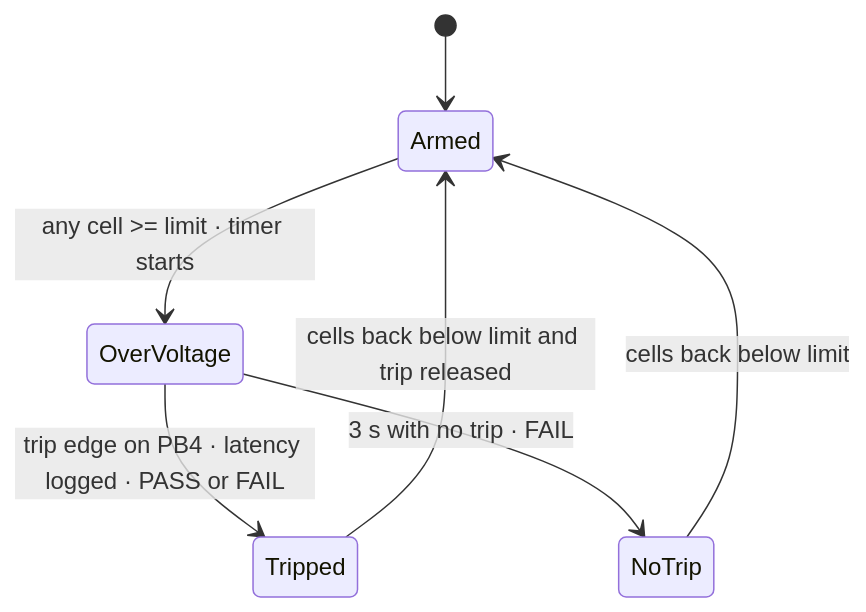
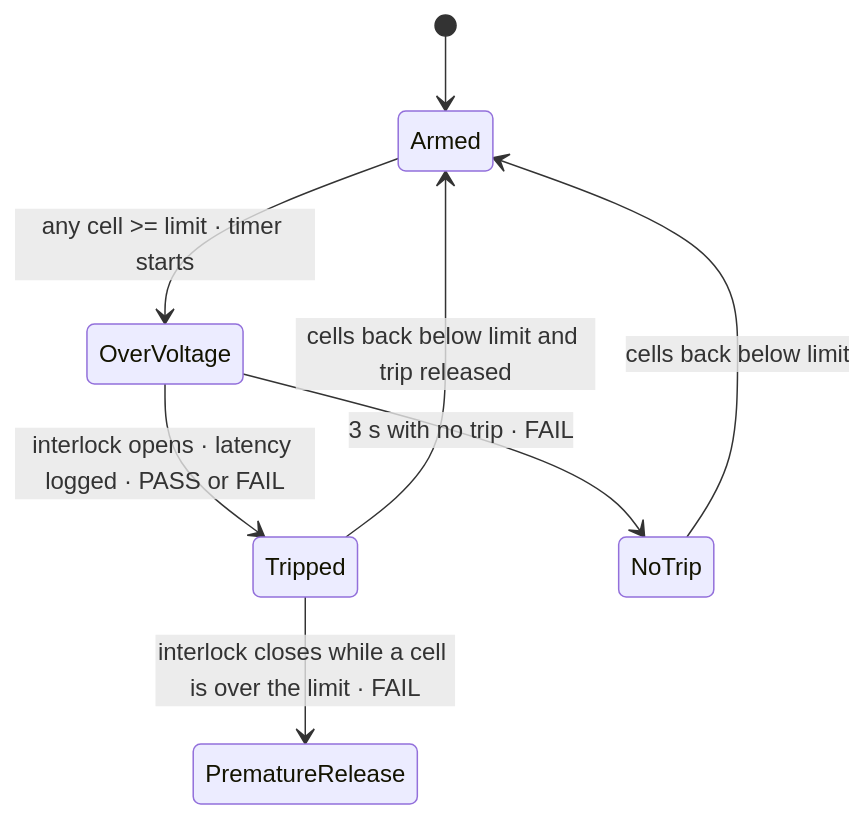
One commit to SujahathMSM/gridtwin changed the third of 3 diagrams in README.md. Above: the diagram before and after it, drawn with Mermaid. The commit also changed other lines of this file and 22 other files, not shown here.

````diff
--- a/README.md
+++ b/README.md
@@ -333,9 +395,10 @@
 ```mermaid
 stateDiagram-v2
     [*] --> Armed
     Armed --> OverVoltage: any cell >= limit · timer starts
-    OverVoltage --> Tripped: trip edge on PB4 · latency logged · PASS or FAIL
+    OverVoltage --> Tripped: interlock opens · latency logged · PASS or FAIL
     OverVoltage --> NoTrip: 3 s with no trip · FAIL
+    Tripped --> PrematureRelease: interlock closes while a cell is over the limit · FAIL
     Tripped --> Armed: cells back below limit and trip released
     NoTrip --> Armed: cells back below limit
 ```
````
